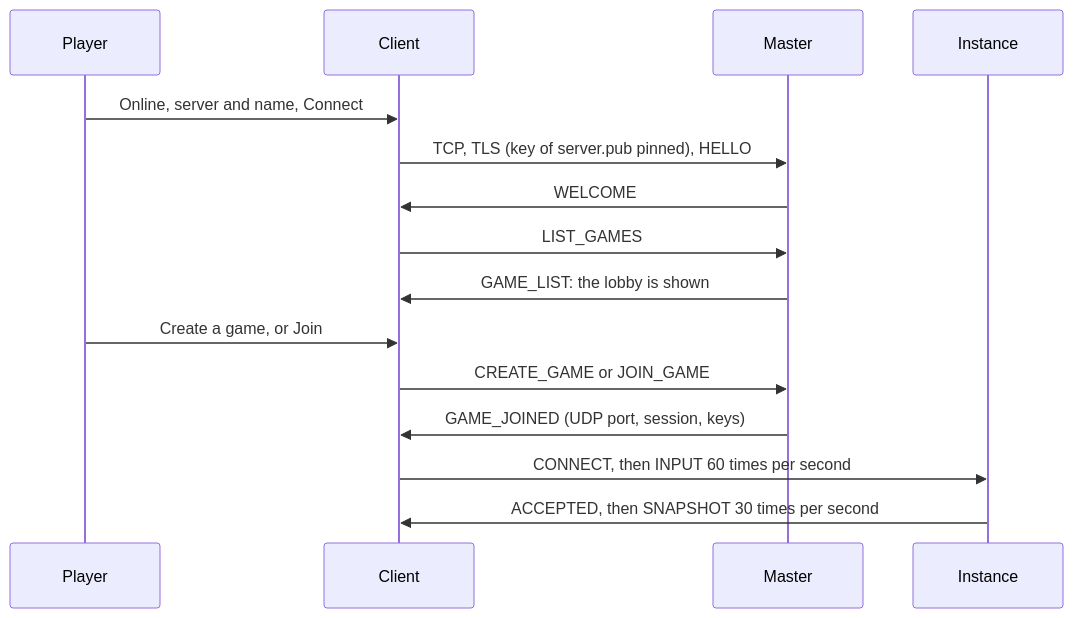
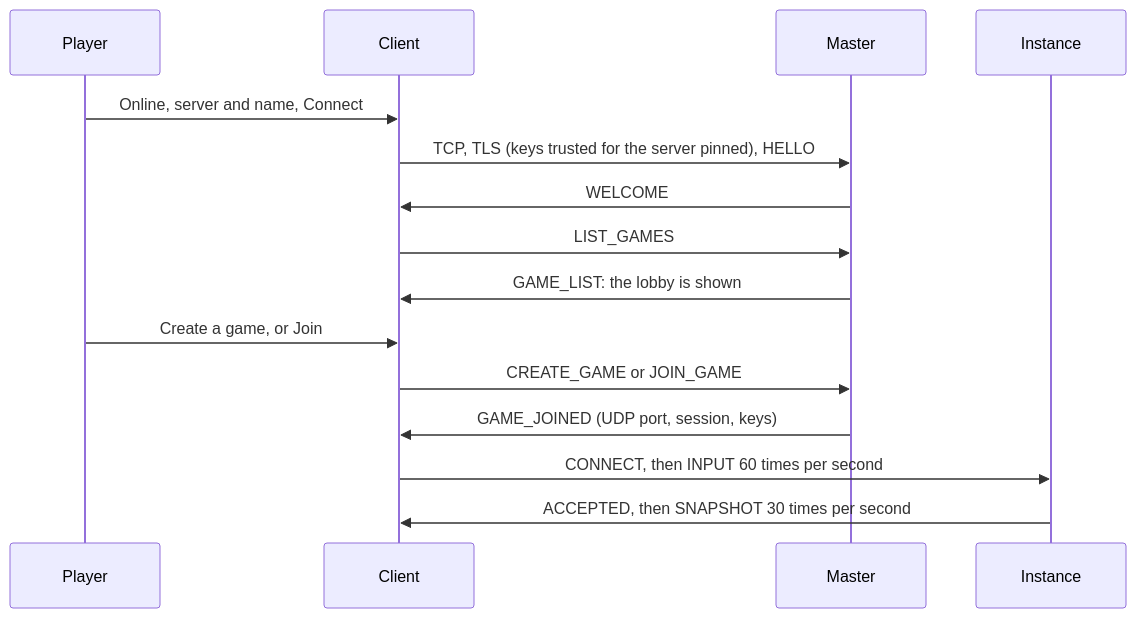
Before and after one commit to Akinator31/Rtype: the diagram in docs/architecture/client-online.md, drawn with Mermaid. The commit also changed other lines of this file and 15 other files, not shown here.

````diff
--- a/docs/architecture/client-online.md
+++ b/docs/architecture/client-online.md
@@ -26,17 +26,17 @@
 ```mermaid
 sequenceDiagram
     participant P as Player
     participant C as Client
     participant M as Master
     participant I as Instance
     P->>C: Online, server and name, Connect
-    C->>M: TCP, TLS (key of server.pub pinned), HELLO
+    C->>M: TCP, TLS (keys trusted for the server pinned), HELLO
     M->>C: WELCOME
     C->>M: LIST_GAMES
     M->>C: GAME_LIST: the lobby is shown
     P->>C: Create a game, or Join
     C->>M: CREATE_GAME or JOIN_GAME
     M->>C: GAME_JOINED (UDP port, session, keys)
     C->>I: CONNECT, then INPUT 60 times per second
     I->>C: ACCEPTED, then SNAPSHOT 30 times per second
 ```
````
